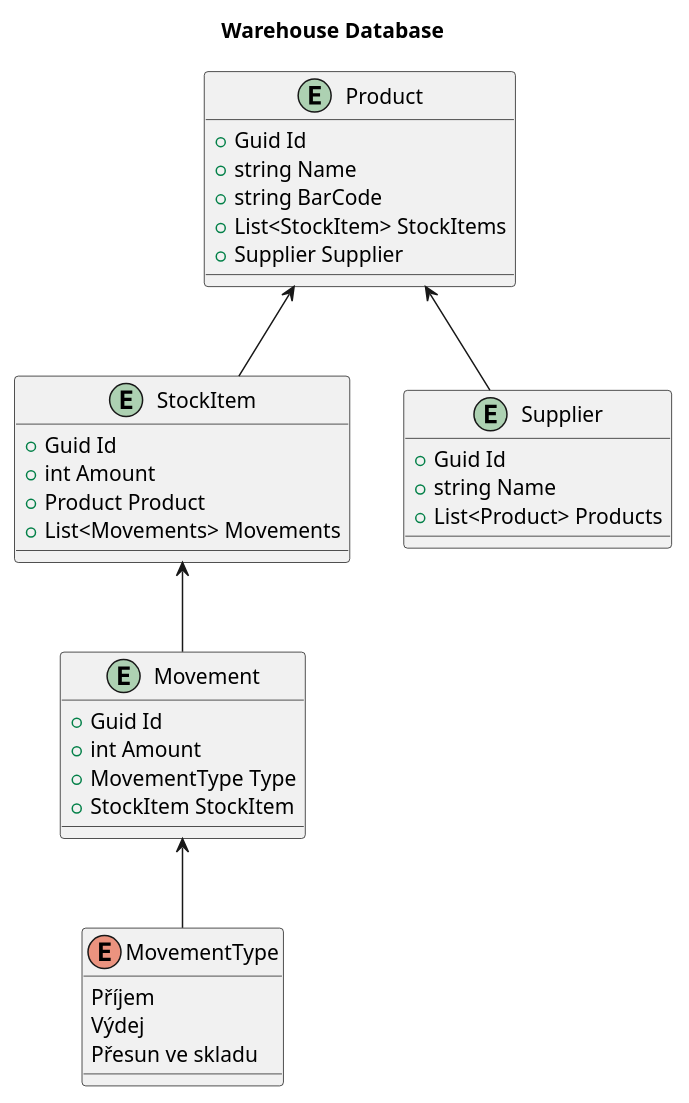
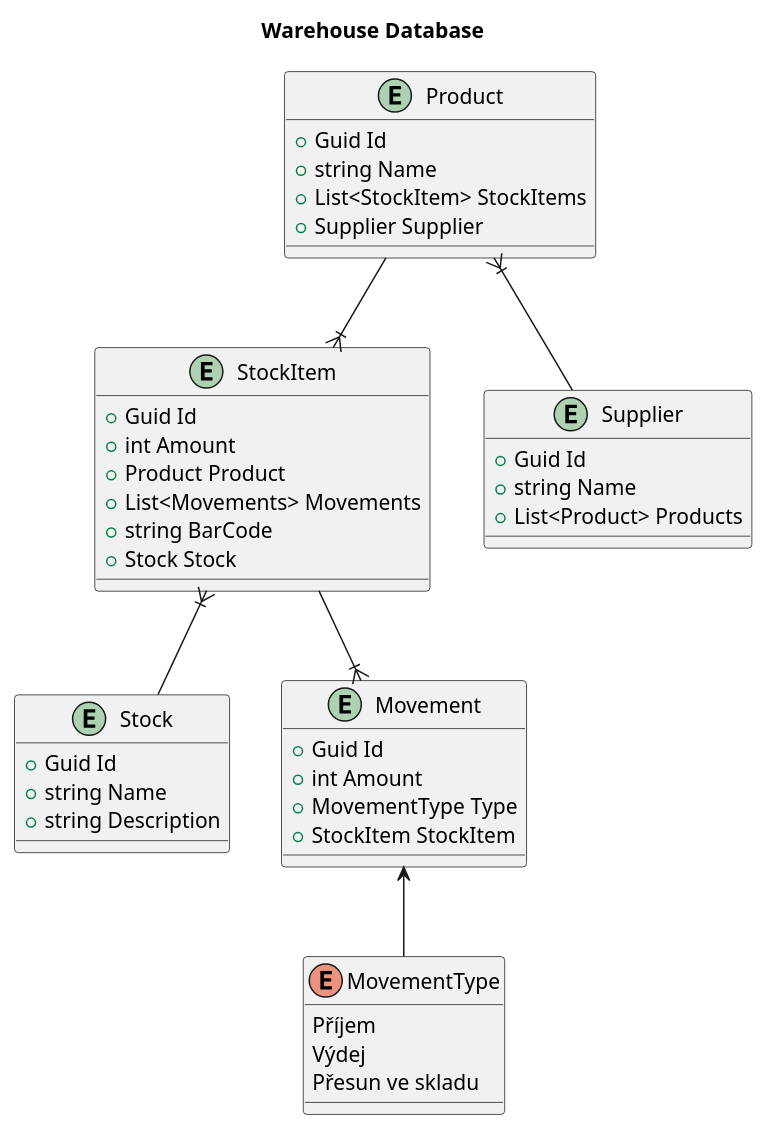
Before and after one commit to TomasKocurek/WarehouseSystem: the diagram in Documentation/database.puml, drawn with PlantUML. The commit also changed 59 other files, not shown here.

```diff
--- a/Documentation/database.puml
+++ b/Documentation/database.puml
@@ -1,44 +1,52 @@
 @startuml Database
 
 title Warehouse Database
 
 entity Product{
     + Guid Id
     + string Name
-    + string BarCode
     + List<StockItem> StockItems
     + Supplier Supplier
 }
 
 entity StockItem{
     + Guid Id
     + int Amount
     + Product Product
     + List<Movements> Movements
+    + string BarCode
+    + Stock Stock
+}
+
+entity Stock{
+    + Guid Id
+    + string Name
+    + string Description
 }
 
 entity Movement{
     + Guid Id
     + int Amount
     + MovementType Type
     + StockItem StockItem
 }
 
 enum MovementType{
     Příjem
     Výdej
     Přesun ve skladu
 }
 
 entity Supplier{
     + Guid Id
     + string Name
     + List<Product> Products
 }
 
-Product <-- StockItem
-Product <-- Supplier
-StockItem <-- Movement
+Product --|{ StockItem
+Product }|-- Supplier
+StockItem --|{ Movement
 Movement <-- MovementType
+StockItem }|-- Stock
 
 @enduml
```
